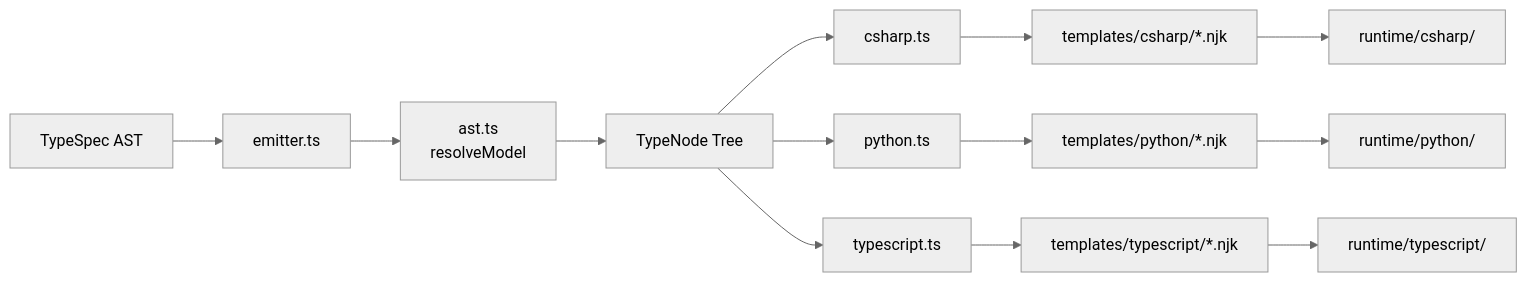
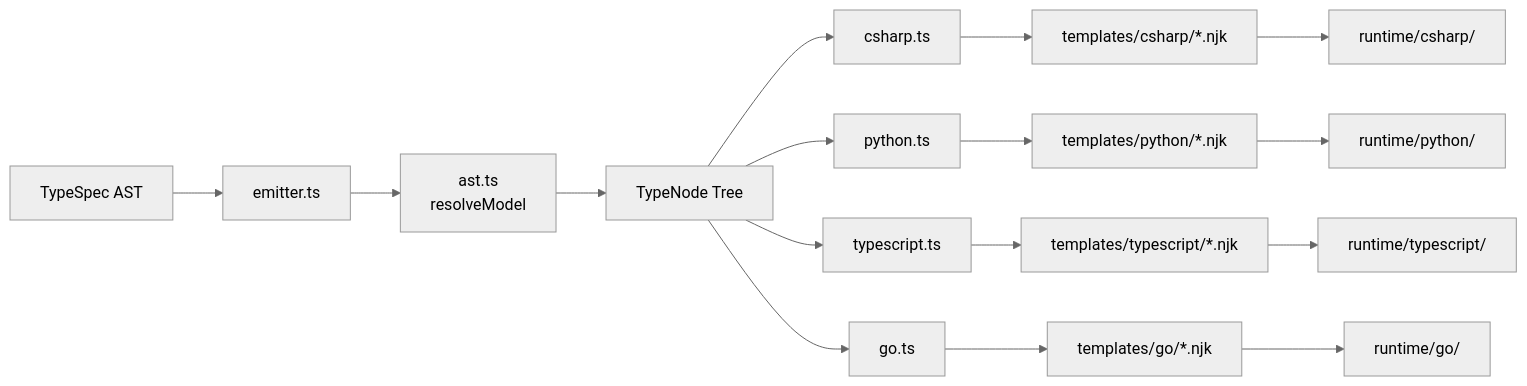
Before and after one commit to microsoft/AgentSchema: the diagram in docs/src/content/docs/contributing/emitter.mdx, drawn with Mermaid (neutral theme). The commit also changed other lines of this file and 2 other files, not shown here.

````diff
--- a/docs/src/content/docs/contributing/emitter.mdx
+++ b/docs/src/content/docs/contributing/emitter.mdx
@@ -34,15 +36,18 @@
 ```mermaid
 flowchart LR
     A[TypeSpec AST] --> B[emitter.ts]
     B --> C[ast.ts<br/>resolveModel]
     C --> D[TypeNode Tree]
     D --> E[csharp.ts]
     D --> F[python.ts]
     D --> G[typescript.ts]
+    D --> N[go.ts]
     E --> H[templates/csharp/*.njk]
     F --> I[templates/python/*.njk]
     G --> J[templates/typescript/*.njk]
+    N --> O[templates/go/*.njk]
     H --> K[runtime/csharp/]
     I --> L[runtime/python/]
     J --> M[runtime/typescript/]
+    O --> P[runtime/go/]
 ```
````
